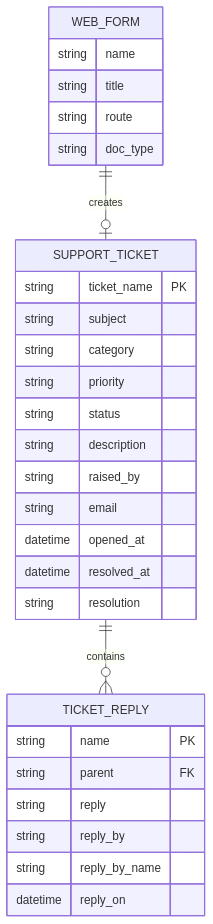
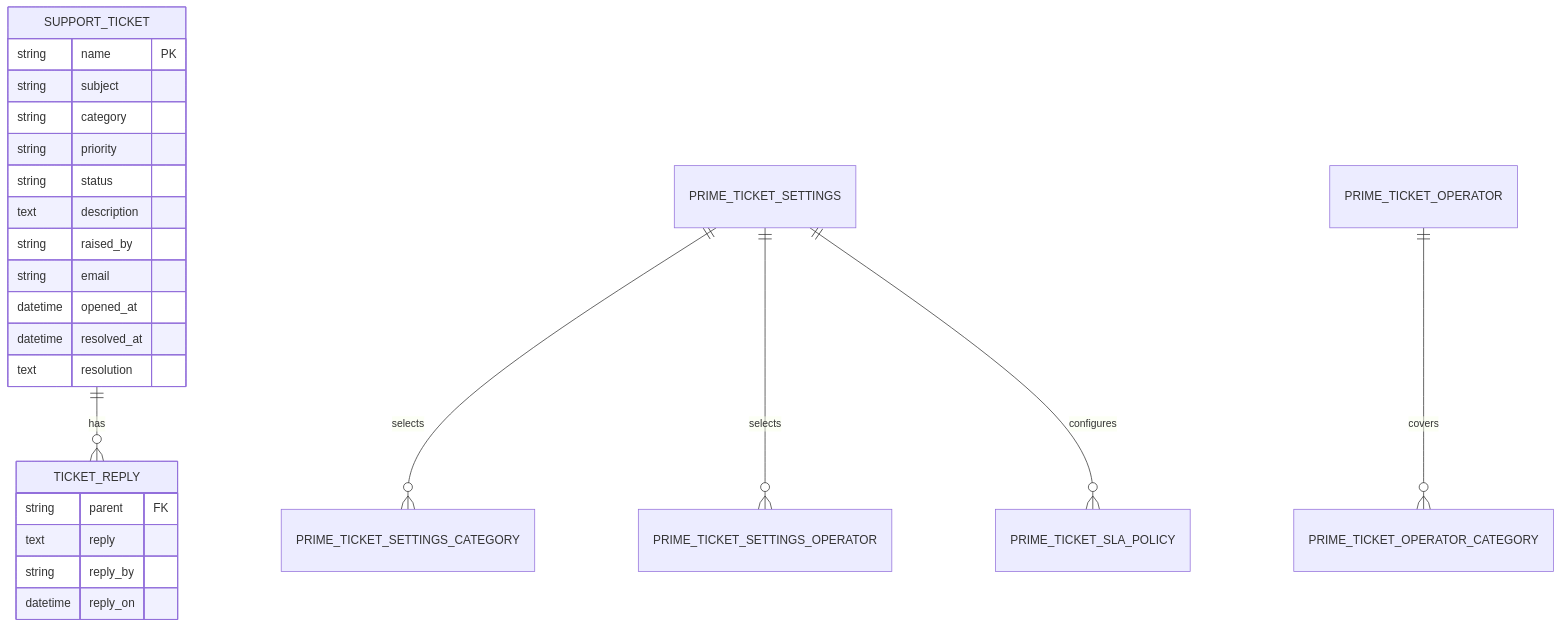
One commit to Steeif/prime_ticket changed the second of 3 diagrams in README.md. Above: the diagram before and after it, drawn with Mermaid. The commit also changed other lines of this file, not shown here.

Commit message:
docs: improve Prime Ticket README with diagrams

````diff
--- a/README.md
+++ b/README.md
@@ -80,35 +49,29 @@
 ```mermaid
 erDiagram
-    SUPPORT_TICKET ||--o{ TICKET_REPLY : contains
-    WEB_FORM ||--o| SUPPORT_TICKET : creates
+    SUPPORT_TICKET ||--o{ TICKET_REPLY : has
+    PRIME_TICKET_SETTINGS ||--o{ PRIME_TICKET_SETTINGS_CATEGORY : selects
+    PRIME_TICKET_SETTINGS ||--o{ PRIME_TICKET_SETTINGS_OPERATOR : selects
+    PRIME_TICKET_SETTINGS ||--o{ PRIME_TICKET_SLA_POLICY : configures
+    PRIME_TICKET_OPERATOR ||--o{ PRIME_TICKET_OPERATOR_CATEGORY : covers
 
     SUPPORT_TICKET {
-        string ticket_name PK
+        string name PK
         string subject
         string category
         string priority
         string status
-        string description
+        text description
         string raised_by
         string email
         datetime opened_at
         datetime resolved_at
-        string resolution
+        text resolution
     }
 
     TICKET_REPLY {
-        string name PK
         string parent FK
-        string reply
+        text reply
         string reply_by
-        string reply_by_name
         datetime reply_on
     }
-
-    WEB_FORM {
-        string name
-        string title
-        string route
-        string doc_type
-    }
 ```
````
